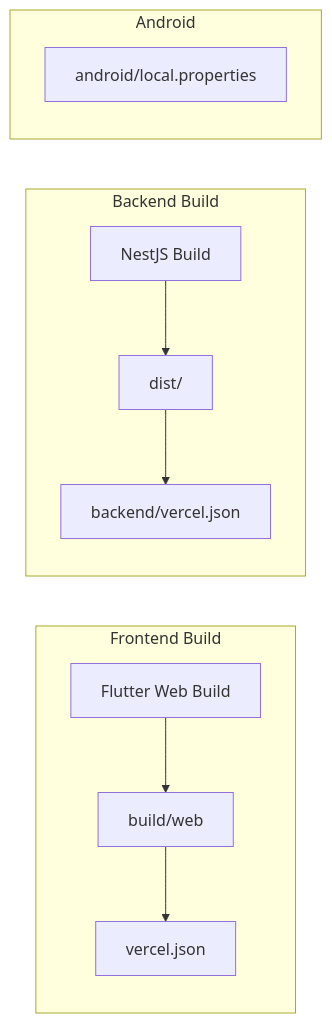
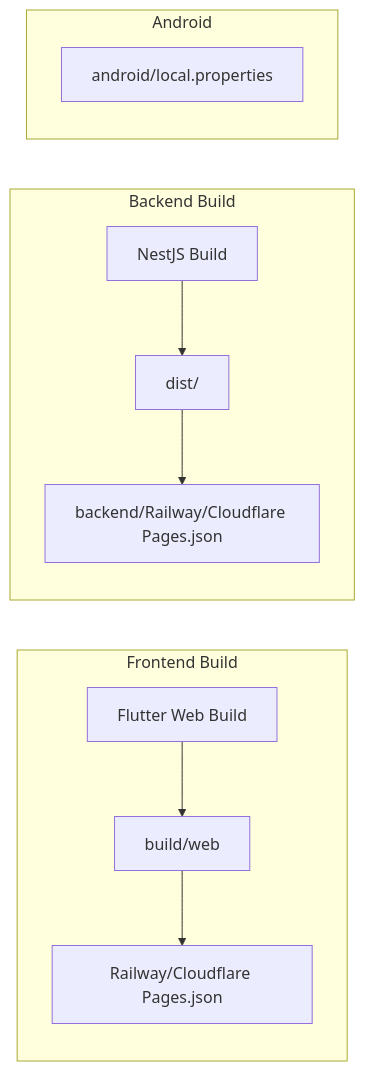
The seventh of 8 diagrams in repowiki/en/content/Deployment & DevOps/Build & Configuration.md (ARUNTHOMAS3/trans), drawn with Mermaid before and after one commit. The commit also changed other lines of this file and 1490 other files, not shown here.

````diff
--- a/repowiki/en/content/Deployment & DevOps/Build & Configuration.md
+++ b/repowiki/en/content/Deployment & DevOps/Build & Configuration.md
@@ -384,14 +384,14 @@
 ```mermaid
 graph LR
 subgraph "Frontend Build"
 FW["Flutter Web Build"] --> FWOut["build/web"]
-FWOut --> FV["vercel.json"]
+FWOut --> FV["Railway/Cloudflare Pages.json"]
 end
 subgraph "Backend Build"
 NB["NestJS Build"] --> NBOut["dist/"]
-NBOut --> NV["backend/vercel.json"]
+NBOut --> NV["backend/Railway/Cloudflare Pages.json"]
 end
 subgraph "Android"
 AND["android/local.properties"]
 end
 ```
````
